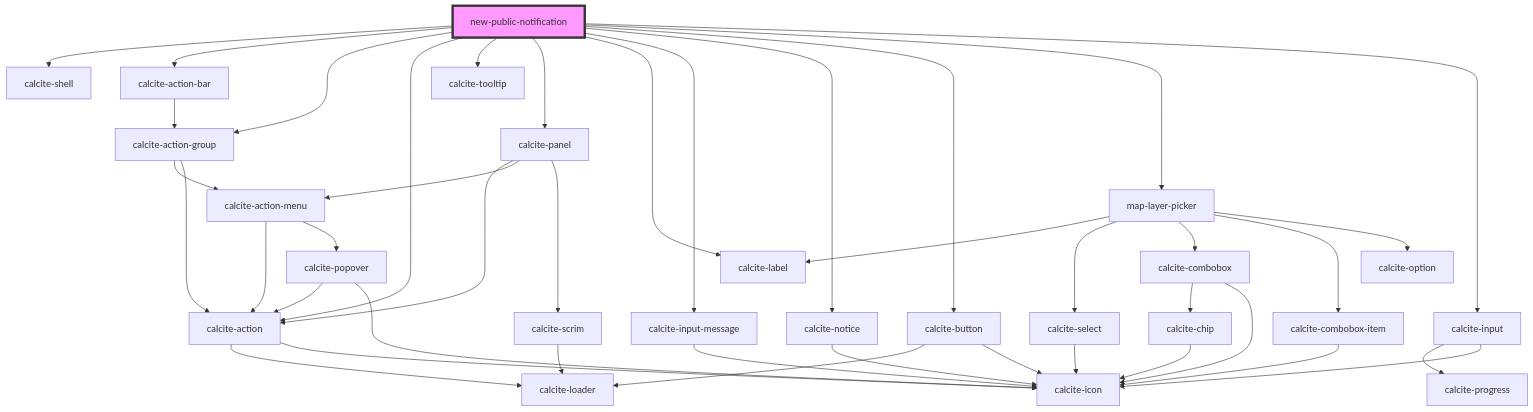
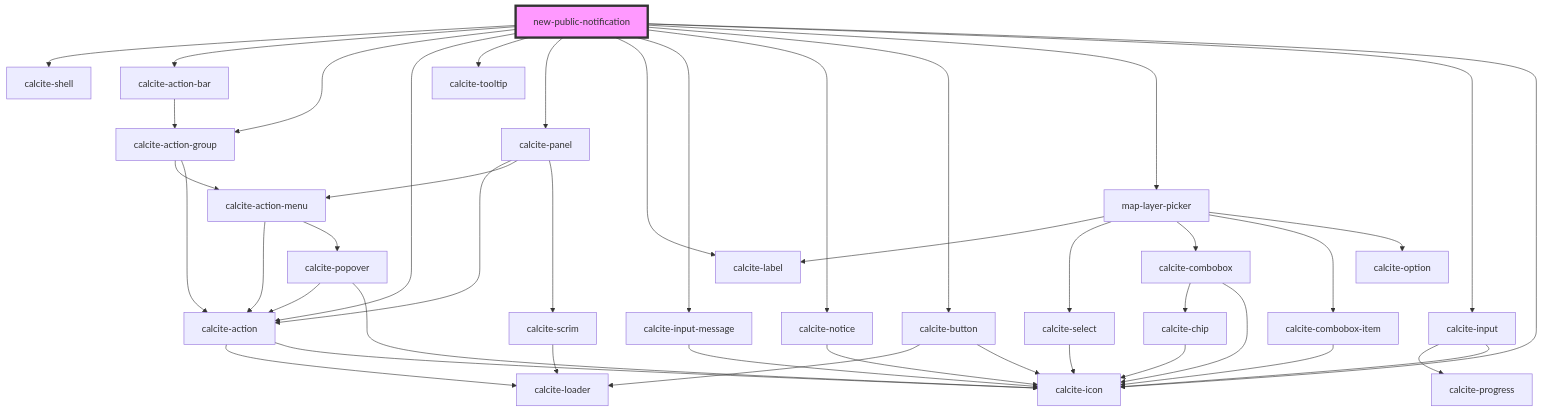
Before and after one commit to Esri/solutions-components: the diagram in src/components/new-public-notification/readme.md, drawn with Mermaid. The commit also changed other lines of this file and 4 other files, not shown here.

````diff
--- a/src/components/new-public-notification/readme.md
+++ b/src/components/new-public-notification/readme.md
@@ -35,45 +36,46 @@
 ```mermaid
 graph TD;
   new-public-notification --> calcite-shell
   new-public-notification --> calcite-action-bar
   new-public-notification --> calcite-action-group
   new-public-notification --> calcite-action
   new-public-notification --> calcite-tooltip
   new-public-notification --> calcite-panel
   new-public-notification --> calcite-label
   new-public-notification --> calcite-input-message
   new-public-notification --> calcite-notice
   new-public-notification --> calcite-button
   new-public-notification --> map-layer-picker
   new-public-notification --> calcite-input
+  new-public-notification --> calcite-icon
   calcite-action-bar --> calcite-action-group
   calcite-action-group --> calcite-action-menu
   calcite-action-group --> calcite-action
   calcite-action-menu --> calcite-action
   calcite-action-menu --> calcite-popover
   calcite-action --> calcite-loader
   calcite-action --> calcite-icon
   calcite-popover --> calcite-action
   calcite-popover --> calcite-icon
   calcite-panel --> calcite-action
   calcite-panel --> calcite-action-menu
   calcite-panel --> calcite-scrim
   calcite-scrim --> calcite-loader
   calcite-input-message --> calcite-icon
   calcite-notice --> calcite-icon
   calcite-button --> calcite-loader
   calcite-button --> calcite-icon
   map-layer-picker --> calcite-label
   map-layer-picker --> calcite-select
   map-layer-picker --> calcite-combobox
   map-layer-picker --> calcite-combobox-item
   map-layer-picker --> calcite-option
   calcite-select --> calcite-icon
   calcite-combobox --> calcite-chip
   calcite-combobox --> calcite-icon
   calcite-chip --> calcite-icon
   calcite-combobox-item --> calcite-icon
   calcite-input --> calcite-progress
   calcite-input --> calcite-icon
   style new-public-notification fill:#f9f,stroke:#333,stroke-width:4px
 ```
````
